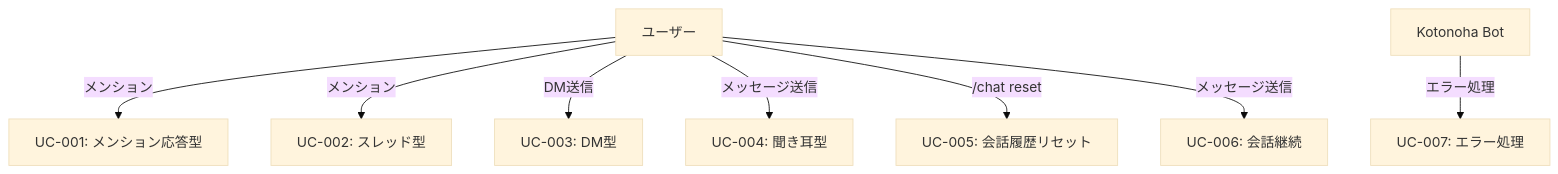
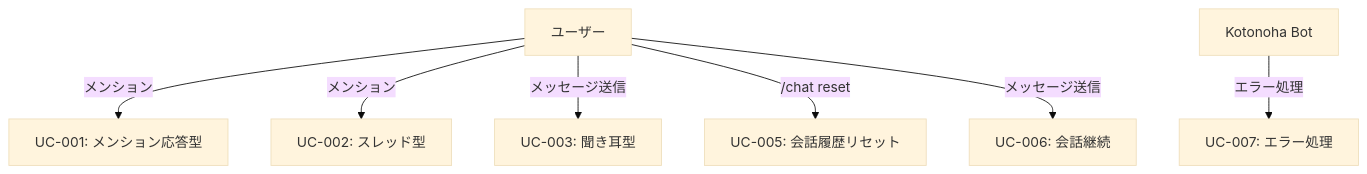
Before and after one commit to fluxrozin/kotonoha-bot: the diagram in docs/requirements/use-cases.md, drawn with Mermaid (base theme). The commit also changed other lines of this file and 55 other files, not shown here.

````diff
--- a/docs/requirements/use-cases.md
+++ b/docs/requirements/use-cases.md
@@ -292,14 +256,13 @@
 ```mermaid
 graph TB
     User[ユーザー]
     Bot[Kotonoha Bot]
 
     User -->|メンション| UC001[UC-001: メンション応答型]
     User -->|メンション| UC002[UC-002: スレッド型]
-    User -->|DM送信| UC003[UC-003: DM型]
-    User -->|メッセージ送信| UC004[UC-004: 聞き耳型]
+    User -->|メッセージ送信| UC003[UC-003: 聞き耳型]
     User -->|/chat reset| UC005[UC-005: 会話履歴リセット]
     User -->|メッセージ送信| UC006[UC-006: 会話継続]
 
     Bot -->|エラー処理| UC007[UC-007: エラー処理]
 ```
````
